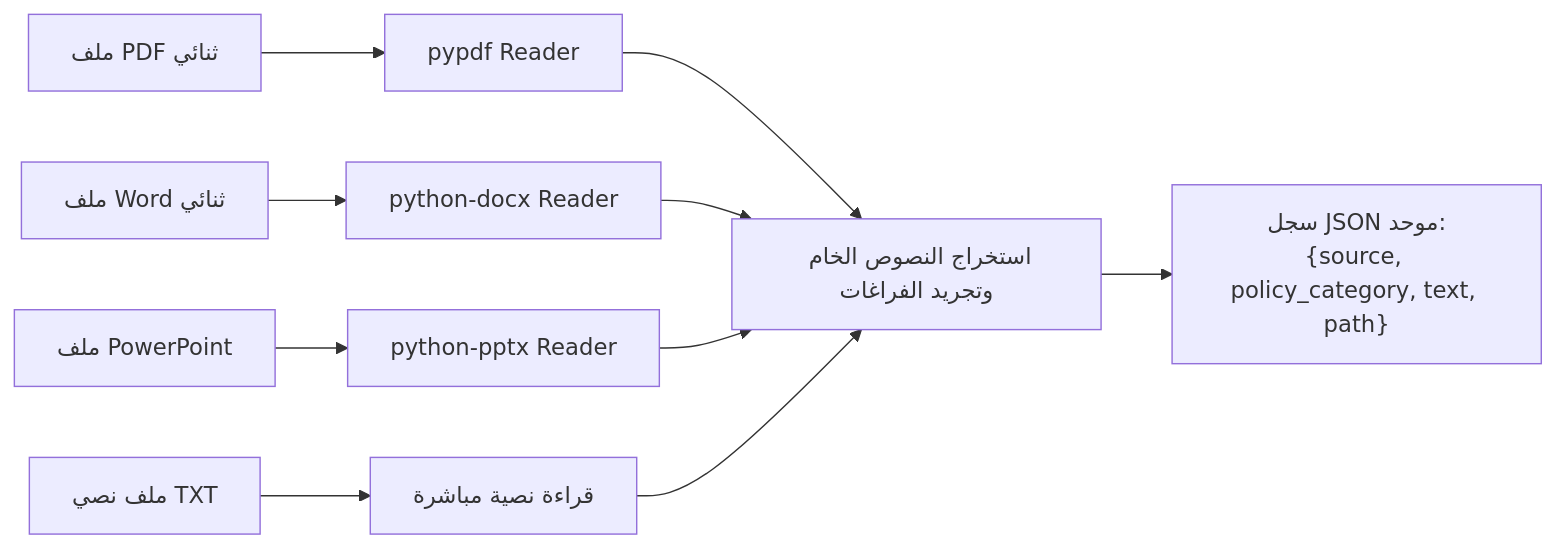
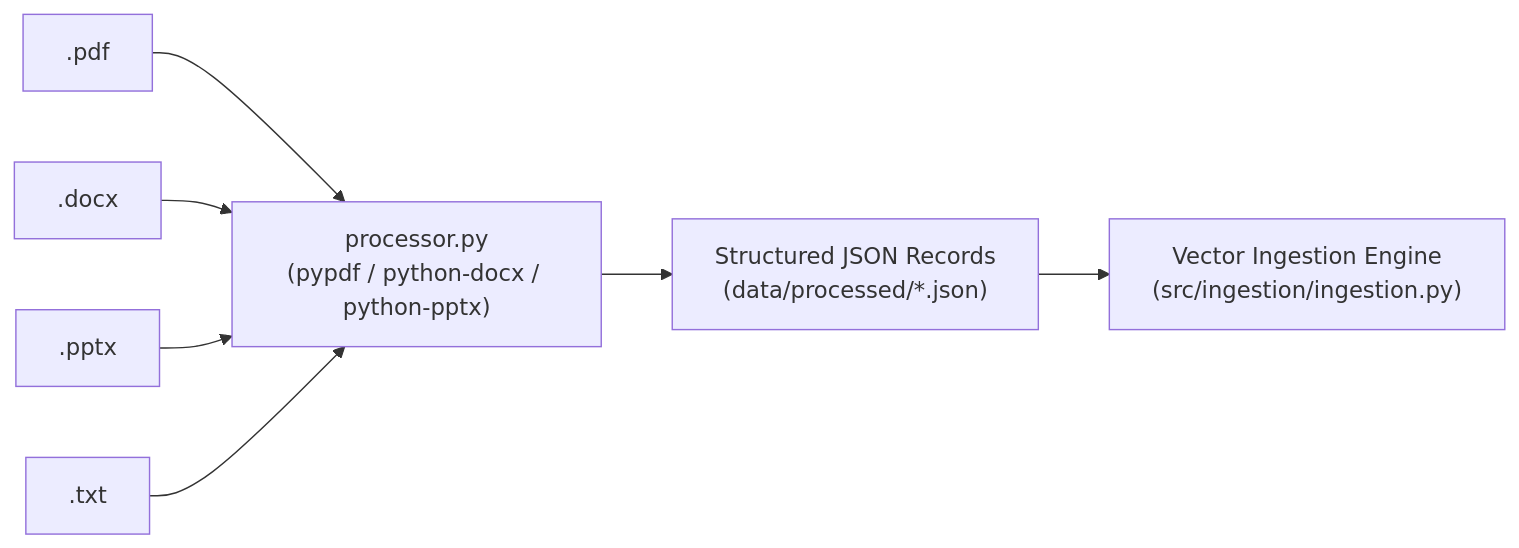
Before and after one commit to ali-abofouda/hr-policy-rag-assistant: the diagram in docs/05-document-processing.md, drawn with Mermaid. The commit also changed other lines of this file and 18 other files, not shown here.

Commit message:
docs(manual): complete 15-module technical architecture documentation in english

````diff
--- a/docs/05-document-processing.md
+++ b/docs/05-document-processing.md
@@ -62,14 +12,10 @@
 ```mermaid
 flowchart LR
-    PDF["ملف PDF ثنائي"] --> PDFParser["pypdf Reader"]
-    DOCX["ملف Word ثنائي"] --> DocxParser["python-docx Reader"]
-    PPTX["ملف PowerPoint"] --> PPTXParser["python-pptx Reader"]
-    TXT["ملف نصي TXT"] --> DirectRead["قراءة نصية مباشرة"]
+    PDF[".pdf"] --> Parsers["processor.py\n(pypdf / python-docx / python-pptx)"]
+    DOCX[".docx"] --> Parsers
+    PPTX[".pptx"] --> Parsers
+    TXT[".txt"] --> Parsers
 
-    PDFParser --> Normalize["استخراج النصوص الخام وتجريد الفراغات"]
-    DocxParser --> Normalize
-    PPTXParser --> Normalize
-    DirectRead --> Normalize
-
-    Normalize --> StandardJSON["سجل JSON موحد:\n{source, policy_category, text, path}"]
+    Parsers --> JSON["Structured JSON Records\n(data/processed/*.json)"]
+    JSON --> Ingestion["Vector Ingestion Engine\n(src/ingestion/ingestion.py)"]
 ```
````
